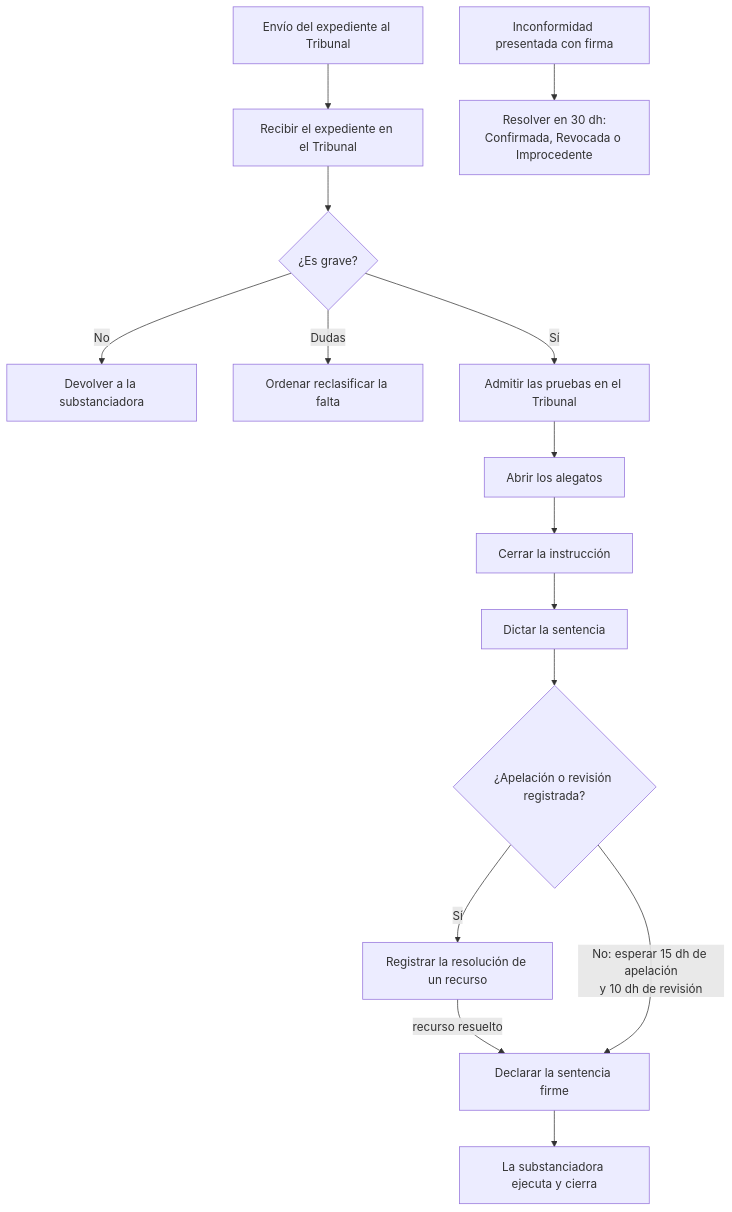
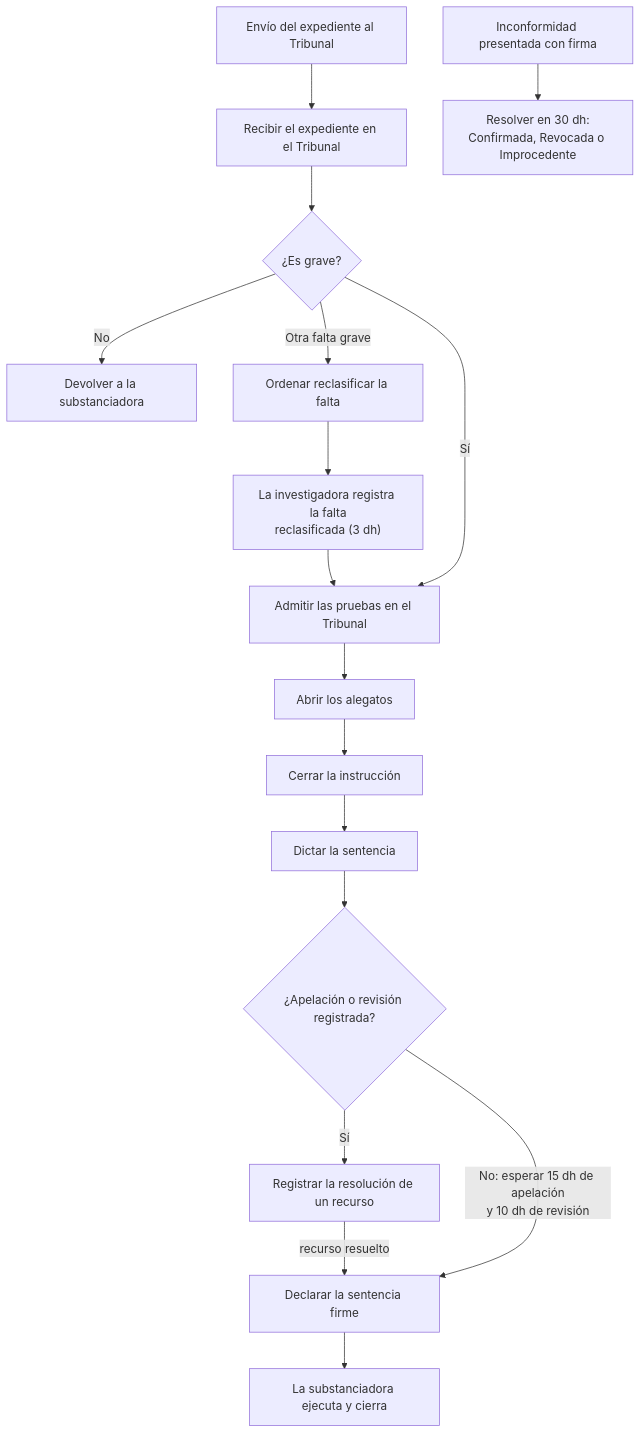
Before and after one commit to GuilleOp/sigilo-s5: the diagram in docs/manuales/06-tribunal-de-justicia-administrativa.md, drawn with Mermaid. The commit also changed other lines of this file and 3 other files, not shown here.

````diff
--- a/docs/manuales/06-tribunal-de-justicia-administrativa.md
+++ b/docs/manuales/06-tribunal-de-justicia-administrativa.md
@@ -200,17 +223,19 @@
 ```mermaid
 flowchart TD
   A["Envío del expediente al Tribunal"] --> B["Recibir el expediente en el Tribunal"]
   B --> C{"¿Es grave?"}
   C -- "No" --> D["Devolver a la substanciadora"]
-  C -- "Dudas" --> E["Ordenar reclasificar la falta"]
+  C -- "Otra falta grave" --> E["Ordenar reclasificar la falta"]
+  E --> E2["La investigadora registra la falta<br/>reclasificada (3 dh)"]
+  E2 --> F
   C -- "Sí" --> F["Admitir las pruebas en el Tribunal"]
   F --> G["Abrir los alegatos"]
   G --> H["Cerrar la instrucción"]
   H --> I["Dictar la sentencia"]
   I --> J{"¿Apelación o revisión registrada?"}
   J -- "Sí" --> K["Registrar la resolución de un recurso"]
   K -- "recurso resuelto" --> L
   J -- "No: esperar 15 dh de apelación<br/>y 10 dh de revisión" --> L["Declarar la sentencia firme"]
   L --> M["La substanciadora ejecuta y cierra"]
   N["Inconformidad presentada con firma"] --> O["Resolver en 30 dh:<br/>Confirmada, Revocada o Improcedente"]
 ```
````
